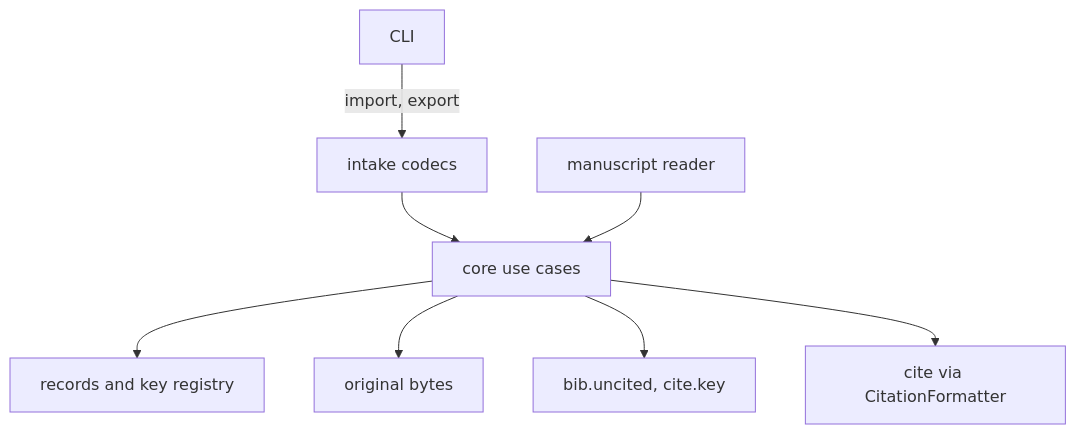
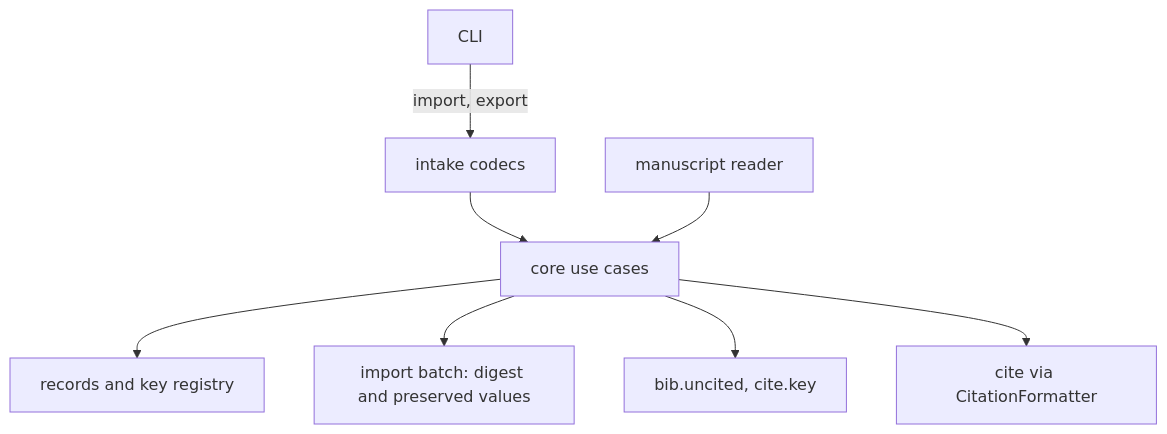
The second of 2 diagrams in docs/stemma/02-design/solution-designs/SD-003-citation-store.md (DocumentDrivenDX/stemma), drawn with Mermaid before and after one commit. The commit also changed other lines of this file and 80 other files, not shown here.

````diff
--- a/docs/stemma/02-design/solution-designs/SD-003-citation-store.md
+++ b/docs/stemma/02-design/solution-designs/SD-003-citation-store.md
@@ -159,10 +159,10 @@
 ```mermaid
 graph TD
     CLI -->|import, export| Intake["intake codecs"]
     Intake --> Core["core use cases"]
     Core --> Records["records and key registry"]
-    Core --> Blobs["original bytes"]
+    Core --> Batch["import batch: digest and preserved values"]
     Manuscript["manuscript reader"] --> Core
     Core --> Uncited["bib.uncited, cite.key"]
     Core --> Formatter["cite via CitationFormatter"]
 ```
````
